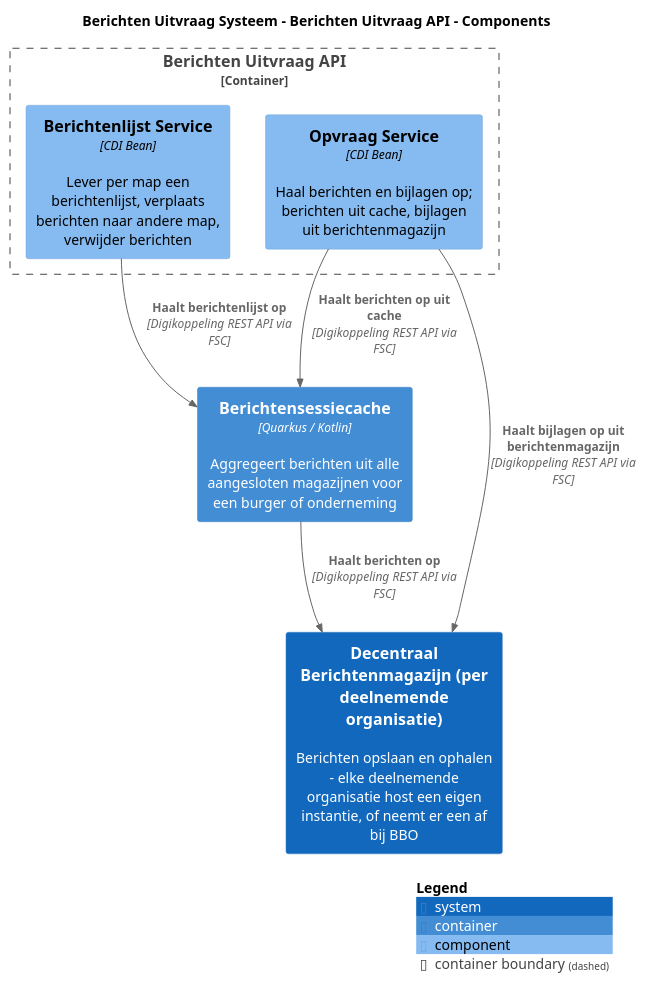
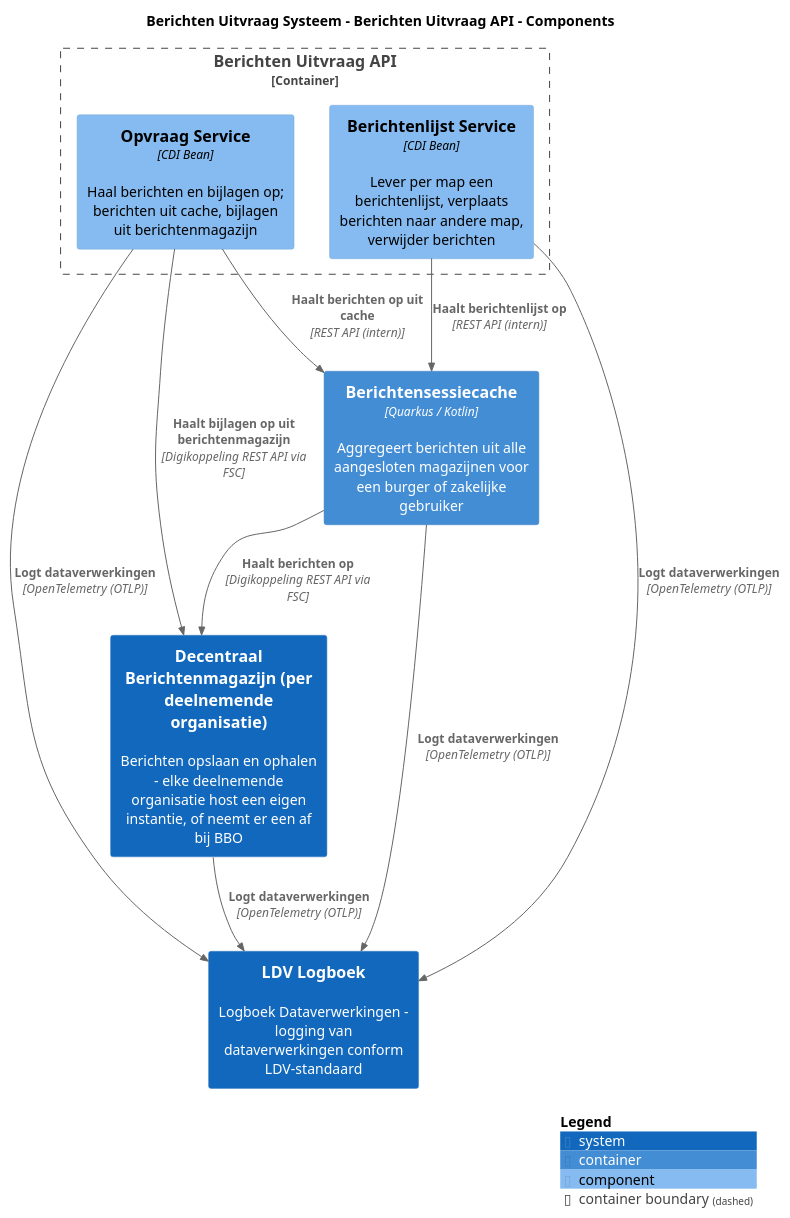
Before and after one commit to MinBZK/moza-poc-fbs-berichtenbox: the diagram in pr-preview/pr-16/master/puml/BerichtenUitvraagAPIComponenten.puml, drawn with PlantUML. The commit also changed 64 other files, not shown here.

```diff
--- a/pr-preview/pr-16/master/puml/BerichtenUitvraagAPIComponenten.puml
+++ b/pr-preview/pr-16/master/puml/BerichtenUitvraagAPIComponenten.puml
@@ -1,26 +1,31 @@
 @startuml
 set separator none
 title Berichten Uitvraag Systeem - Berichten Uitvraag API - Components
 
 top to bottom direction
 
 !include <C4/C4>
 !include <C4/C4_Context>
 !include <C4/C4_Container>
 !include <C4/C4_Component>
 
 System(DecentraalBerichtenmagazijnperdeelnemendeorganisatie, "Decentraal Berichtenmagazijn (per deelnemende organisatie)", $descr="Berichten opslaan en ophalen - elke deelnemende organisatie host een eigen instantie, of neemt er een af bij BBO", $tags="", $link="")
-Container(BerichtenUitvraagSysteem.Berichtensessiecache, "Berichtensessiecache", $techn="Quarkus / Kotlin", $descr="Aggregeert berichten uit alle aangesloten magazijnen voor een burger of onderneming", $tags="", $link="")
+Container(BerichtenUitvraagSysteem.Berichtensessiecache, "Berichtensessiecache", $techn="Quarkus / Kotlin", $descr="Aggregeert berichten uit alle aangesloten magazijnen voor een burger of zakelijke gebruiker", $tags="", $link="")
+System(LDVLogboek, "LDV Logboek", $descr="Logboek Dataverwerkingen - logging van dataverwerkingen conform LDV-standaard", $tags="", $link="")
 
 Container_Boundary("BerichtenUitvraagSysteem.BerichtenUitvraagAPI_boundary", "Berichten Uitvraag API", $tags="") {
   Component(BerichtenUitvraagSysteem.BerichtenUitvraagAPI.BerichtenlijstService, "Berichtenlijst Service", $techn="CDI Bean", $descr="Lever per map een berichtenlijst, verplaats berichten naar andere map, verwijder berichten", $tags="", $link="")
   Component(BerichtenUitvraagSysteem.BerichtenUitvraagAPI.OpvraagService, "Opvraag Service", $techn="CDI Bean", $descr="Haal berichten en bijlagen op; berichten uit cache, bijlagen uit berichtenmagazijn", $tags="", $link="")
 }
 
+Rel(BerichtenUitvraagSysteem.Berichtensessiecache, LDVLogboek, "Logt dataverwerkingen", $techn="OpenTelemetry (OTLP)", $tags="", $link="")
+Rel(BerichtenUitvraagSysteem.BerichtenUitvraagAPI.BerichtenlijstService, LDVLogboek, "Logt dataverwerkingen", $techn="OpenTelemetry (OTLP)", $tags="", $link="")
+Rel(BerichtenUitvraagSysteem.BerichtenUitvraagAPI.OpvraagService, LDVLogboek, "Logt dataverwerkingen", $techn="OpenTelemetry (OTLP)", $tags="", $link="")
+Rel(BerichtenUitvraagSysteem.BerichtenUitvraagAPI.OpvraagService, BerichtenUitvraagSysteem.Berichtensessiecache, "Haalt berichten op uit cache", $techn="REST API (intern)", $tags="", $link="")
+Rel(BerichtenUitvraagSysteem.BerichtenUitvraagAPI.BerichtenlijstService, BerichtenUitvraagSysteem.Berichtensessiecache, "Haalt berichtenlijst op", $techn="REST API (intern)", $tags="", $link="")
+Rel(BerichtenUitvraagSysteem.BerichtenUitvraagAPI.OpvraagService, DecentraalBerichtenmagazijnperdeelnemendeorganisatie, "Haalt bijlagen op uit berichtenmagazijn", $techn="Digikoppeling REST API via FSC", $tags="", $link="")
 Rel(BerichtenUitvraagSysteem.Berichtensessiecache, DecentraalBerichtenmagazijnperdeelnemendeorganisatie, "Haalt berichten op", $techn="Digikoppeling REST API via FSC", $tags="", $link="")
-Rel(BerichtenUitvraagSysteem.BerichtenUitvraagAPI.OpvraagService, BerichtenUitvraagSysteem.Berichtensessiecache, "Haalt berichten op uit cache", $techn="Digikoppeling REST API via FSC", $tags="", $link="")
-Rel(BerichtenUitvraagSysteem.BerichtenUitvraagAPI.BerichtenlijstService, BerichtenUitvraagSysteem.Berichtensessiecache, "Haalt berichtenlijst op", $techn="Digikoppeling REST API via FSC", $tags="", $link="")
-Rel(BerichtenUitvraagSysteem.BerichtenUitvraagAPI.OpvraagService, DecentraalBerichtenmagazijnperdeelnemendeorganisatie, "Haalt bijlagen op uit berichtenmagazijn", $techn="Digikoppeling REST API via FSC", $tags="", $link="")
+Rel(DecentraalBerichtenmagazijnperdeelnemendeorganisatie, LDVLogboek, "Logt dataverwerkingen", $techn="OpenTelemetry (OTLP)", $tags="", $link="")
 
 SHOW_LEGEND(true)
 @enduml
```
